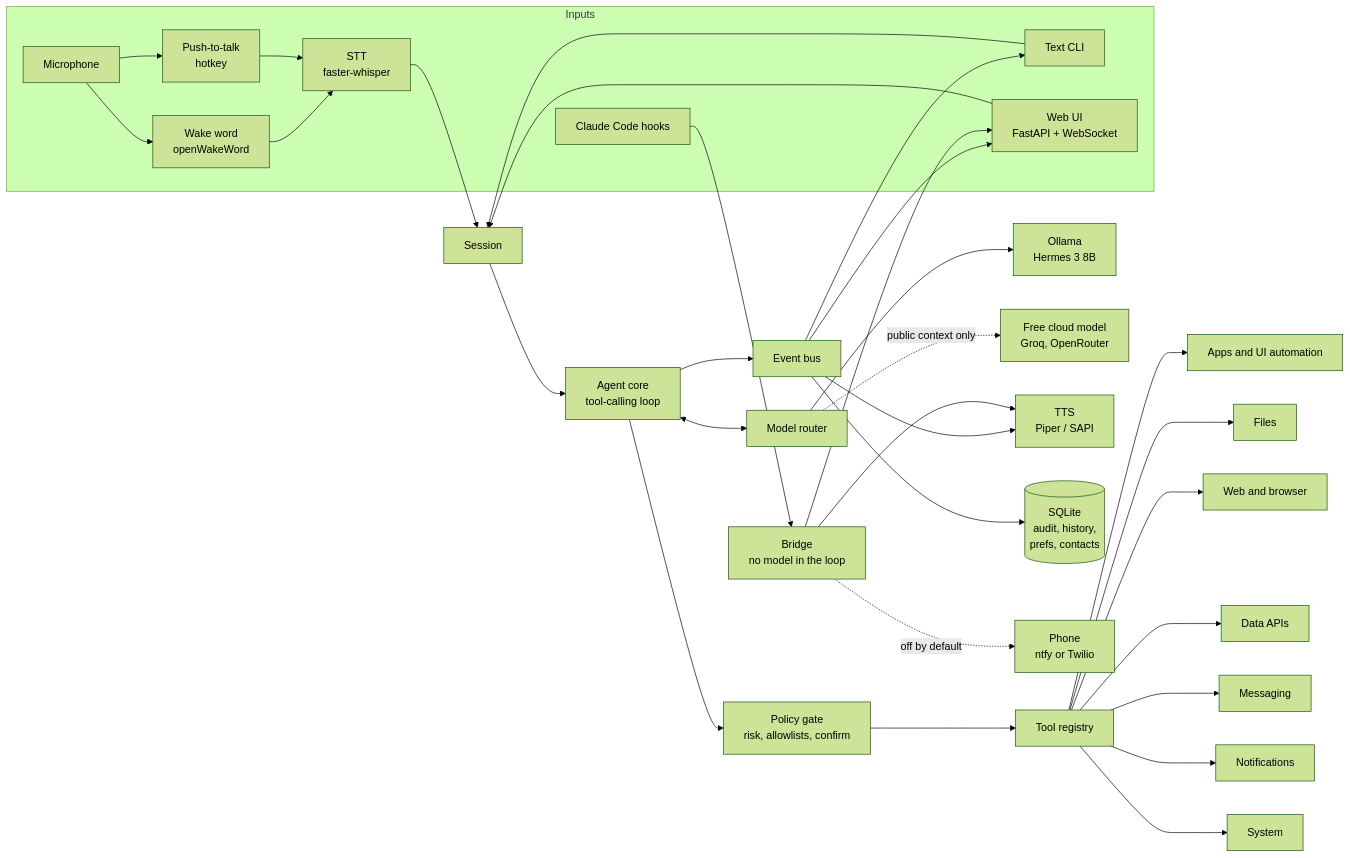
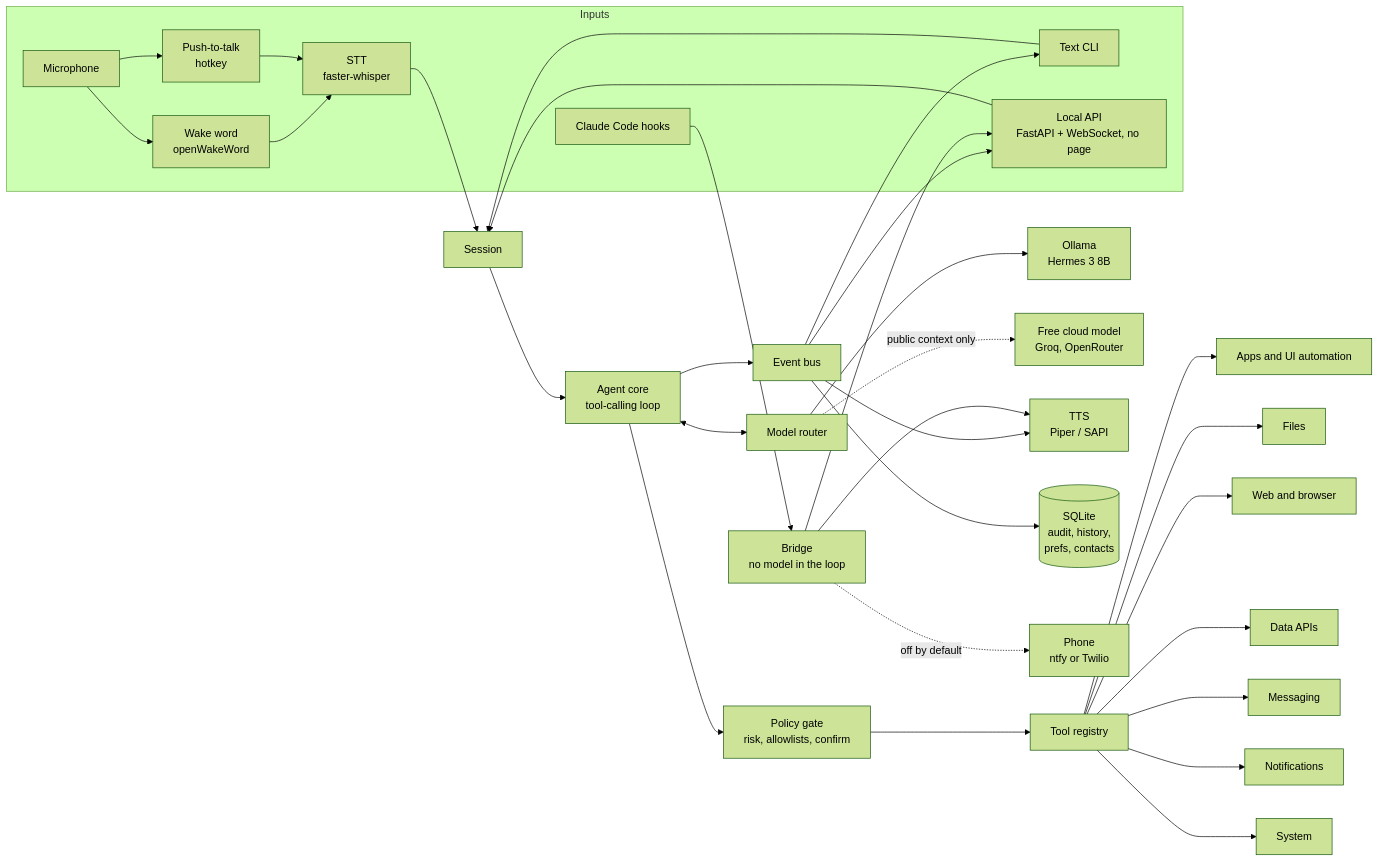
Before and after one commit to PreeyasTumulu/JARVIS: the first of 3 diagrams in docs/ARCHITECTURE.md, drawn with Mermaid (forest theme). The commit also changed other lines of this file and 10 other files, not shown here.

````diff
--- a/docs/ARCHITECTURE.md
+++ b/docs/ARCHITECTURE.md
@@ -24,38 +24,38 @@
 ```mermaid
 flowchart LR
   subgraph Inputs
     MIC[Microphone] --> WW[Wake word<br/>openWakeWord]
     MIC --> PTT[Push-to-talk<br/>hotkey]
     WW --> STT[STT<br/>faster-whisper]
     PTT --> STT
     CLI[Text CLI]
-    WEB[Web UI<br/>FastAPI + WebSocket]
+    WEB[Local API<br/>FastAPI + WebSocket, no page]
     HOOK[Claude Code hooks]
   end
 
   STT --> SES[Session]
   CLI --> SES
   WEB --> SES
   SES --> AG[Agent core<br/>tool-calling loop]
   AG <--> RT[Model router]
   RT --> LOC[Ollama<br/>Hermes 3 8B]
   RT -. public context only .-> CLD[Free cloud model<br/>Groq, OpenRouter]
   AG --> POL[Policy gate<br/>risk, allowlists, confirm]
   POL --> REG[Tool registry]
   REG --> TA[Apps and UI automation]
   REG --> TF[Files]
   REG --> TW[Web and browser]
   REG --> TD[Data APIs]
   REG --> TM[Messaging]
   REG --> TN[Notifications]
   REG --> TS[System]
   AG --> BUS[Event bus]
   BUS --> WEB
   BUS --> CLI
   BUS --> TTS[TTS<br/>Piper / SAPI]
   BUS --> DB[(SQLite<br/>audit, history,<br/>prefs, contacts)]
   HOOK --> BR[Bridge<br/>no model in the loop]
   BR --> WEB
   BR --> TTS
   BR -. off by default .-> PH[Phone<br/>ntfy or Twilio]
 ```
````
